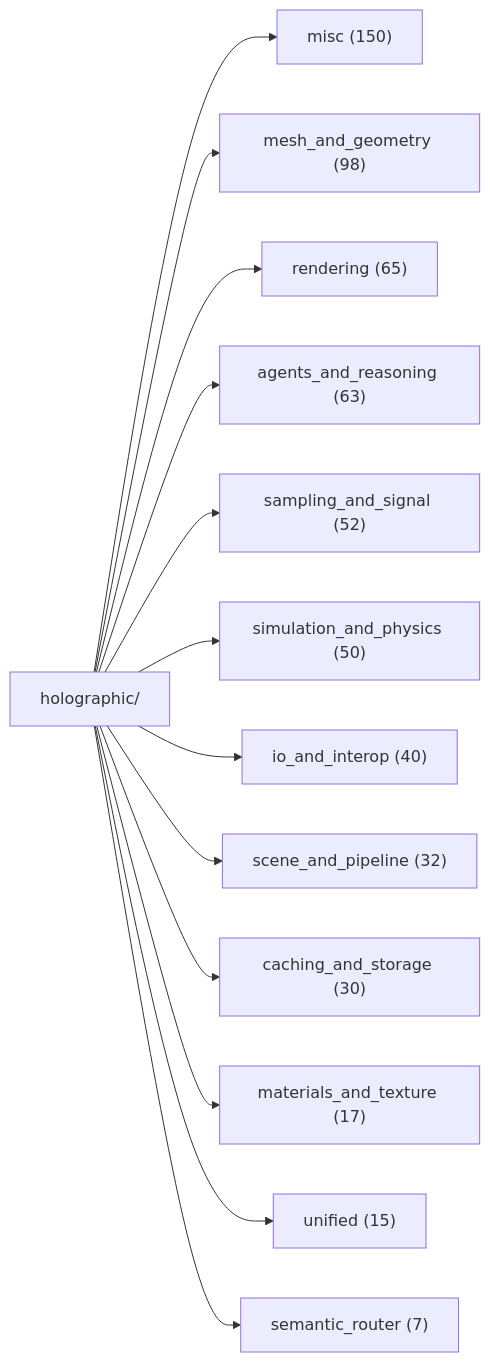
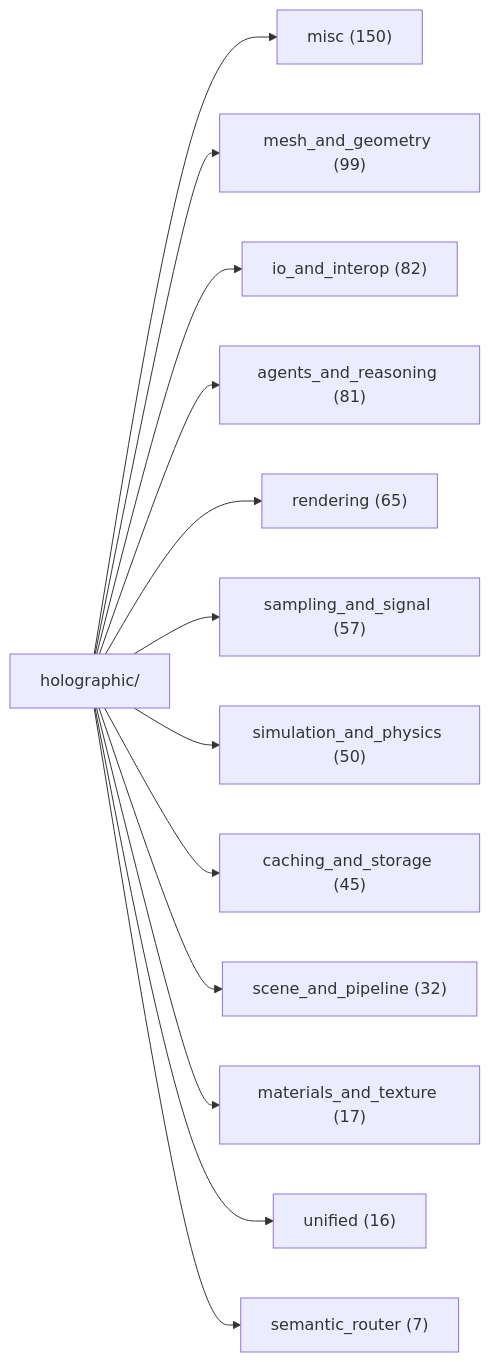
The first of 2 diagrams in docs/DOC_MAP.md (AnOversizedMooseWithSocks/leCore), drawn with Mermaid before and after one commit. The commit also changed other lines of this file and 132 other files, not shown here.

````diff
--- a/docs/DOC_MAP.md
+++ b/docs/DOC_MAP.md
@@ -35,16 +35,16 @@
 ```mermaid
 graph LR
     H[holographic/]
     H --> misc["misc (150)"]
-    H --> mesh["mesh_and_geometry (98)"]
+    H --> mesh["mesh_and_geometry (99)"]
+    H --> io_a["io_and_interop (82)"]
+    H --> agen["agents_and_reasoning (81)"]
     H --> rend["rendering (65)"]
-    H --> agen["agents_and_reasoning (63)"]
-    H --> samp["sampling_and_signal (52)"]
+    H --> samp["sampling_and_signal (57)"]
     H --> simu["simulation_and_physics (50)"]
-    H --> io_a["io_and_interop (40)"]
+    H --> cach["caching_and_storage (45)"]
     H --> scen["scene_and_pipeline (32)"]
-    H --> cach["caching_and_storage (30)"]
     H --> mate["materials_and_texture (17)"]
-    H --> unif["unified (15)"]
+    H --> unif["unified (16)"]
     H --> sema["semantic_router (7)"]
 ```
````
